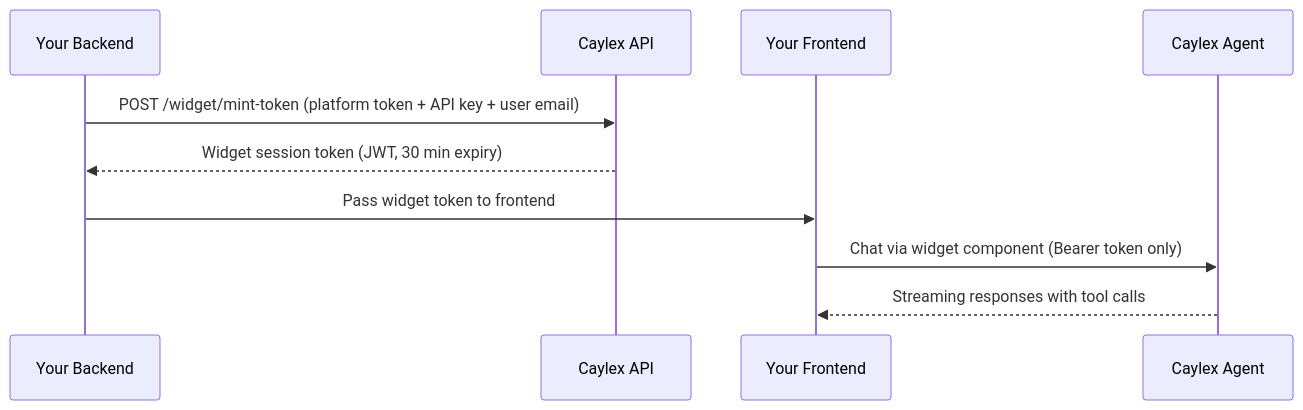
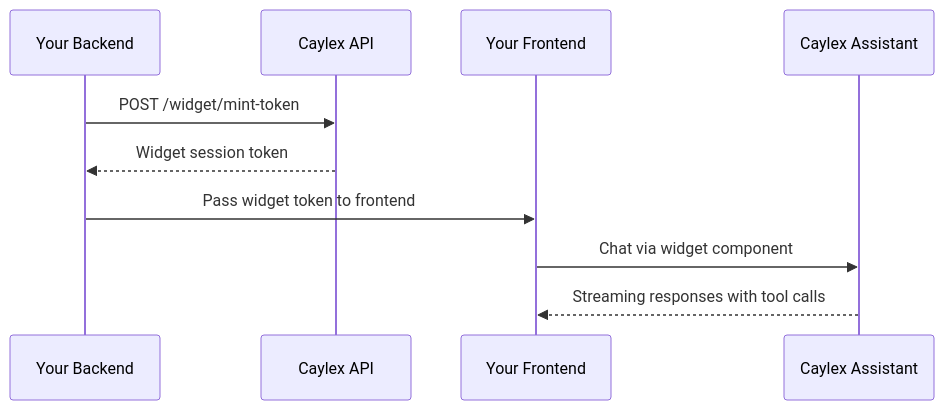
Before and after one commit to caylex-ai/caylex-developer-docs: the diagram in widget/overview.mdx, drawn with Mermaid. The commit also changed other lines of this file and 1 other file, not shown here.

First line of the commit message:
Expand embedded widget documentation

````diff
--- a/widget/overview.mdx
+++ b/widget/overview.mdx
@@ -13,13 +22,13 @@
 ```mermaid
 sequenceDiagram
     participant App as Your Backend
     participant Caylex as Caylex API
     participant Browser as Your Frontend
-    participant Agent as Caylex Agent
+    participant Assistant as Caylex Assistant
 
-    App->>Caylex: POST /widget/mint-token (platform token + API key + user email)
-    Caylex-->>App: Widget session token (JWT, 30 min expiry)
+    App->>Caylex: POST /widget/mint-token
+    Caylex-->>App: Widget session token
     App->>Browser: Pass widget token to frontend
-    Browser->>Agent: Chat via widget component (Bearer token only)
-    Agent-->>Browser: Streaming responses with tool calls
+    Browser->>Assistant: Chat via widget component
+    Assistant-->>Browser: Streaming responses with tool calls
 ```
````
